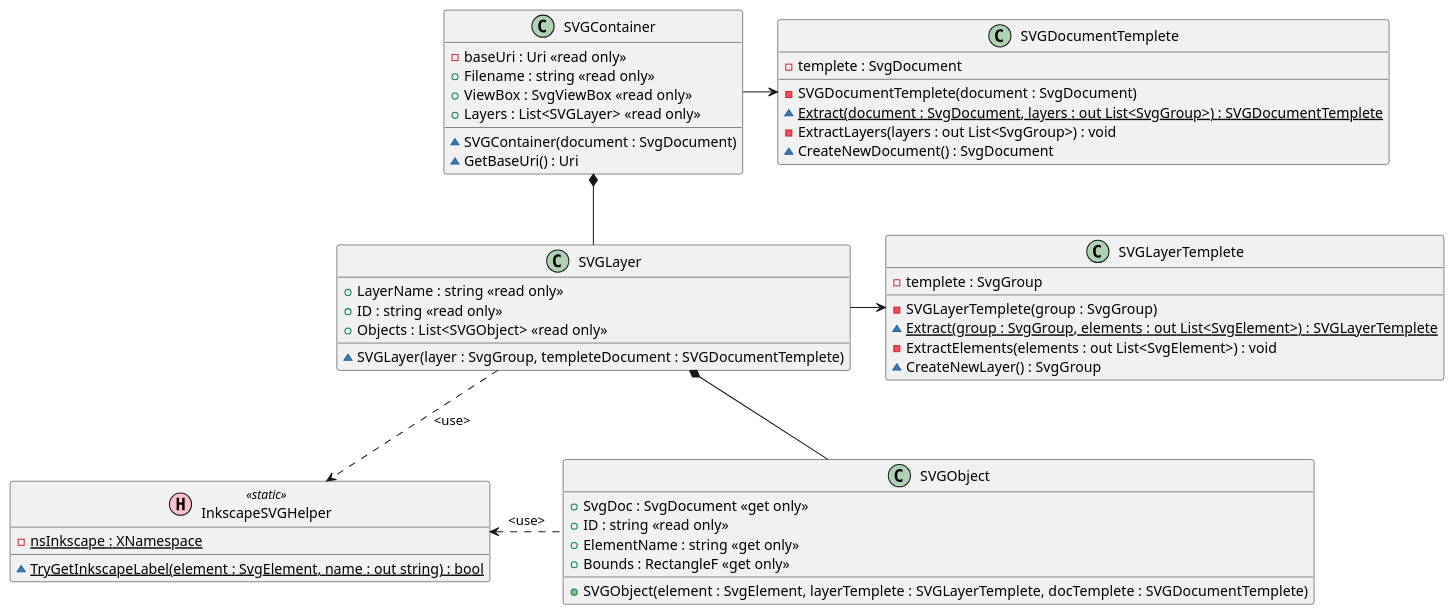
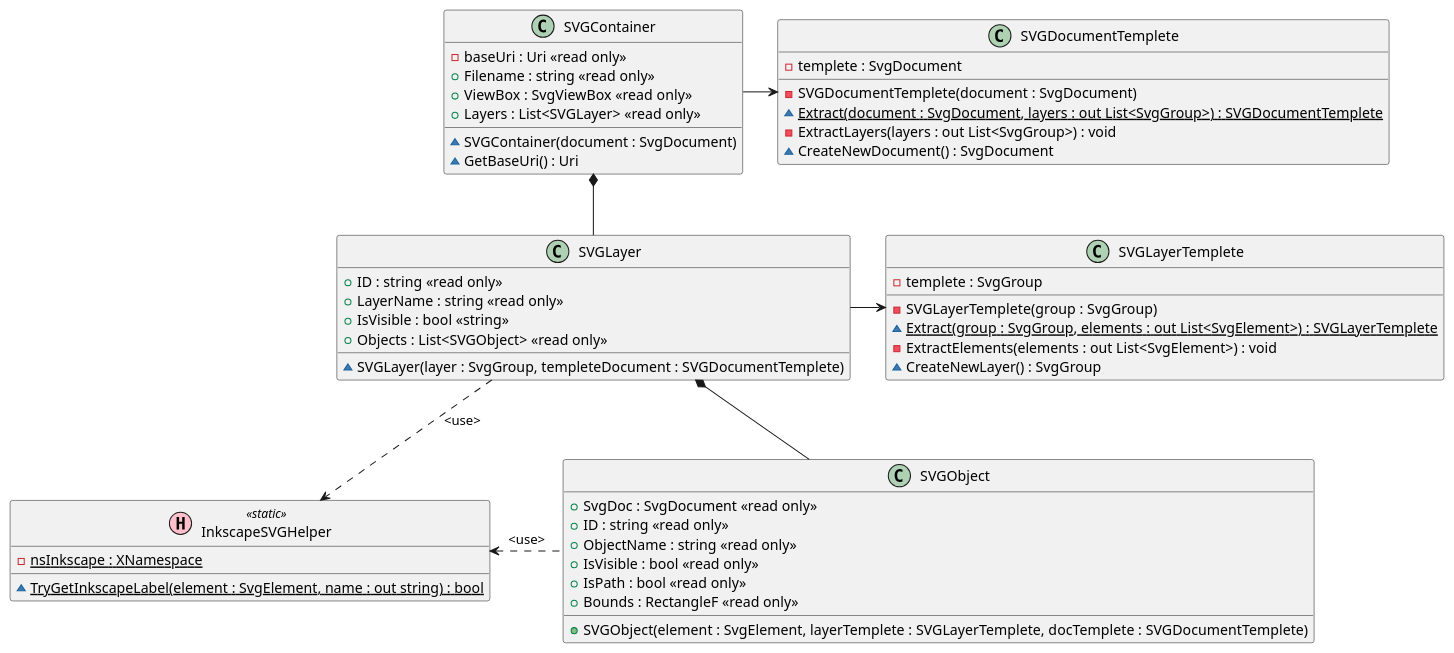
One commit to tatsuya19871219/SVGObjectsDecomposer changed the second of 4 diagrams in uml/SVGObjectsDecomposer.puml. Above: the diagram before and after it, drawn with PlantUML. The commit also changed other lines of this file and 2 other files, not shown here.

```diff
--- a/uml/SVGObjectsDecomposer.puml
+++ b/uml/SVGObjectsDecomposer.puml
@@ -75,66 +74,69 @@
 @startuml Models.SVGContainer
 
 class SVGContainer
 {
     - baseUri : Uri <<read only>>
     + Filename : string <<read only>>
     + ViewBox : SvgViewBox <<read only>>
     + Layers : List<SVGLayer> <<read only>>
     ~ SVGContainer(document : SvgDocument)
     ~ GetBaseUri() : Uri
 }
 
 class SVGLayer
 {
+    + ID : string <<read only>>
     + LayerName : string <<read only>>
-    + ID : string <<read only>>
+    + IsVisible : bool <<string>>
     + Objects : List<SVGObject> <<read only>>
     ~ SVGLayer(layer : SvgGroup, templeteDocument : SVGDocumentTemplete)
 }
 
 class SVGObject
 {
-    + SvgDoc : SvgDocument <<get only>>
+    + SvgDoc : SvgDocument <<read only>>
     + ID : string <<read only>>
-    + ElementName : string <<get only>>
-    + Bounds : RectangleF <<get only>>
+    + ObjectName : string <<read only>>
+    + IsVisible : bool <<read only>>
+    + IsPath : bool <<read only>>
+    + Bounds : RectangleF <<read only>>
     + SVGObject(element : SvgElement, layerTemplete : SVGLayerTemplete, docTemplete : SVGDocumentTemplete)
 }
 
-' factories for SVG document creation
+' Factories for SVG document creation
 class SVGDocumentTemplete
 {
     - templete : SvgDocument
     - SVGDocumentTemplete(document : SvgDocument)
     {static} ~ Extract(document : SvgDocument, layers : out List<SvgGroup>) : SVGDocumentTemplete
     - ExtractLayers(layers : out List<SvgGroup>) : void
     ~ CreateNewDocument() : SvgDocument
 }
 
 class SVGLayerTemplete
 {
     - templete : SvgGroup
     - SVGLayerTemplete(group : SvgGroup)
     {static} ~ Extract(group : SvgGroup, elements : out List<SvgElement>) : SVGLayerTemplete
     - ExtractElements(elements : out List<SvgElement>) : void
     ~ CreateNewLayer() : SvgGroup
 }
 
 ' Helper class
 class InkscapeSVGHelper << (H, pink) static >>
 {
     {static} - nsInkscape : XNamespace
     {static} ~ TryGetInkscapeLabel(element : SvgElement, name : out string) : bool
 }
 
 ' arrows
 SVGContainer *-down- SVGLayer
 SVGLayer *-down- SVGObject
 
 SVGContainer -right-> SVGDocumentTemplete
 SVGLayer -right-> SVGLayerTemplete
 
 SVGLayer ..> InkscapeSVGHelper : <use>
 SVGObject .left.> InkscapeSVGHelper : <use>
 
 @enduml
```
